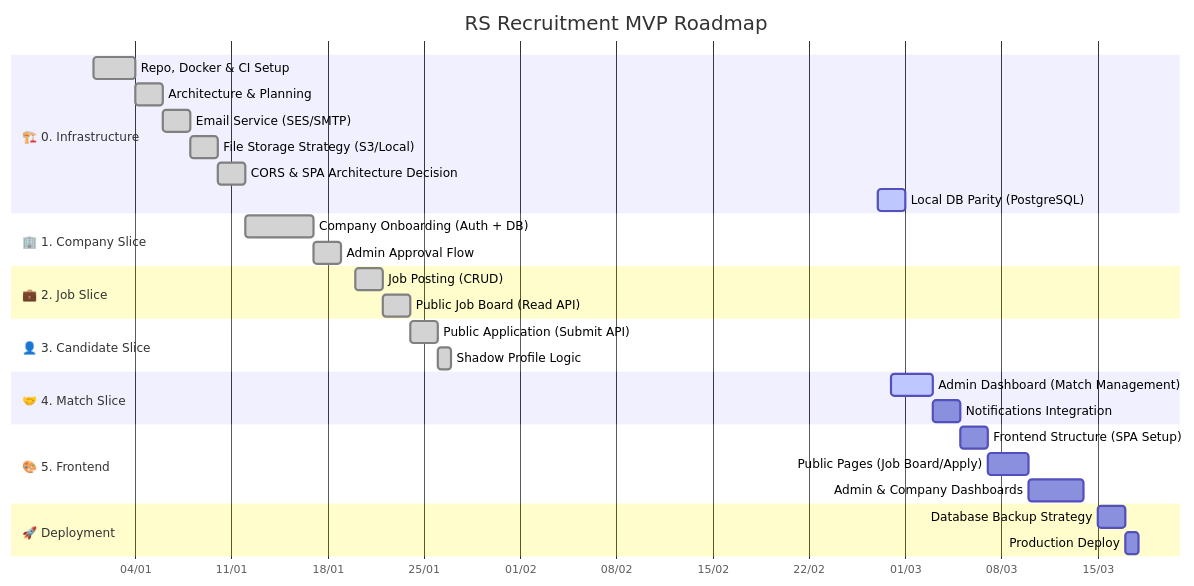
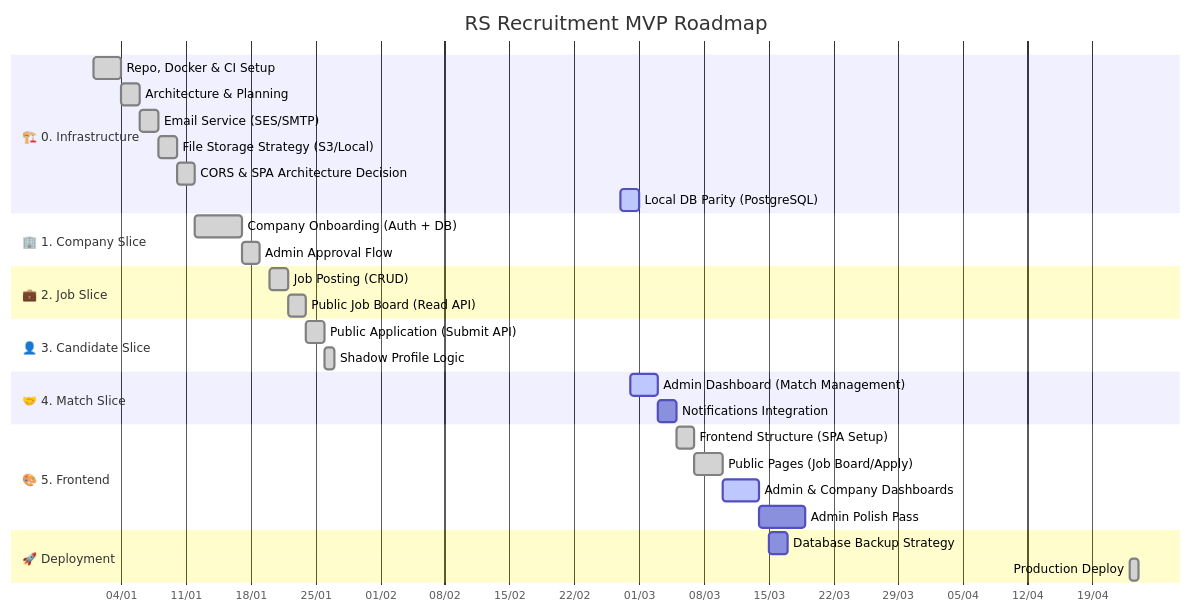
The diagram in docs/ROADMAP.md (lahavrud/rs-recruitment), drawn with Mermaid before and after one commit. The commit also changed other lines of this file and 5 other files, not shown here.

````diff
--- a/docs/ROADMAP.md
+++ b/docs/ROADMAP.md
@@ -27,40 +27,41 @@
 ```mermaid
 gantt
     title RS Recruitment MVP Roadmap
     dateFormat  YYYY-MM-DD
     axisFormat  %d/%m
 
     section 🏗️ 0. Infrastructure
     Repo, Docker & CI Setup           :done,    infra1, 2026-01-01, 3d
     Architecture & Planning           :done,    infra2, after infra1, 2d
     Email Service (SES/SMTP)          :done,    infra5, 2026-01-06, 2d
     File Storage Strategy (S3/Local)  :done,    infra6, after infra5, 2d
     CORS & SPA Architecture Decision  :done,    infra7, after infra6, 2d
     Local DB Parity (PostgreSQL)      :active,  infra9, 2026-02-27, 2d
 
     section 🏢 1. Company Slice
     Company Onboarding (Auth + DB)    :done,    feat1, 2026-01-12, 5d
     Admin Approval Flow               :done,    feat2, after feat1, 2d
 
     section 💼 2. Job Slice
     Job Posting (CRUD)                :done,    feat3, 2026-01-20, 2d
     Public Job Board (Read API)       :done,    feat4, after feat3, 2d
 
     section 👤 3. Candidate Slice
     Public Application (Submit API)   :done,    feat5, 2026-01-24, 2d
     Shadow Profile Logic              :done,    feat6, after feat5, 1d
 
     section 🤝 4. Match Slice
     Admin Dashboard (Match Management):active,  feat7, 2026-02-28, 3d
     Notifications Integration         :         feat8, after feat7, 2d
 
     section 🎨 5. Frontend
-    Frontend Structure (SPA Setup)    :         frontend1, 2026-03-05, 2d
-    Public Pages (Job Board/Apply)    :         frontend2, after frontend1, 3d
-    Admin & Company Dashboards        :         frontend3, after frontend2, 4d
+    Frontend Structure (SPA Setup)    :done,    frontend1, 2026-03-05, 2d
+    Public Pages (Job Board/Apply)    :done,    frontend2, after frontend1, 3d
+    Admin & Company Dashboards        :active,  frontend3, after frontend2, 4d
+    Admin Polish Pass                 :         frontend4, after frontend3, 5d
 
     section 🚀 Deployment
     Database Backup Strategy          :         devops1, 2026-03-15, 2d
-    Production Deploy                 :         deploy1, after devops1, 1d
+    Production Deploy                 :done,    deploy1, 2026-04-23, 1d
 
 ```
````
